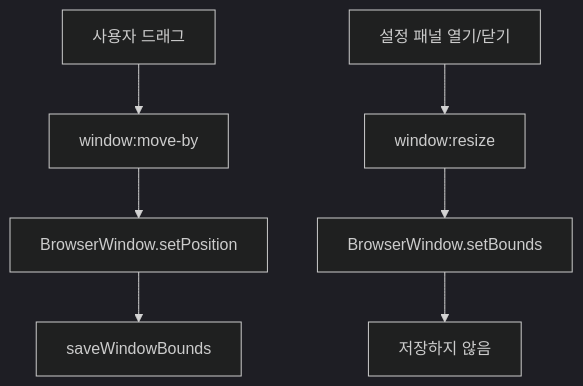
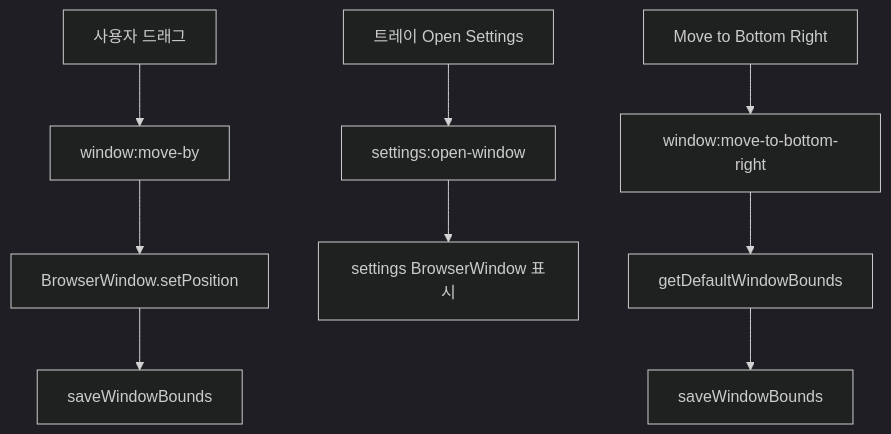
Before and after one commit to an-jiohh/tinypals: the third of 3 diagrams in docs/architecture.md, drawn with Mermaid (dark theme). The commit also changed other lines of this file and 19 other files, not shown here.

````diff
--- a/docs/architecture.md
+++ b/docs/architecture.md
@@ -148,10 +161,13 @@
 ```mermaid
 flowchart TD
   Drag["사용자 드래그"] --> MoveIPC["window:move-by"]
   MoveIPC --> SetPosition["BrowserWindow.setPosition"]
   SetPosition --> SaveBounds["saveWindowBounds"]
 
-  Click["설정 패널 열기/닫기"] --> ResizeIPC["window:resize"]
-  ResizeIPC --> RuntimeBounds["BrowserWindow.setBounds"]
-  RuntimeBounds --> NoSave["저장하지 않음"]
+  TrayOpen["트레이 Open Settings"] --> SettingsIPC["settings:open-window"]
+  SettingsIPC --> SettingsWindow["settings BrowserWindow 표시"]
+
+  MoveBottomRight["Move to Bottom Right"] --> MoveBRIPC["window:move-to-bottom-right"]
+  MoveBRIPC --> DefaultBounds["getDefaultWindowBounds"]
+  DefaultBounds --> SaveDefault["saveWindowBounds"]
 ```
````
